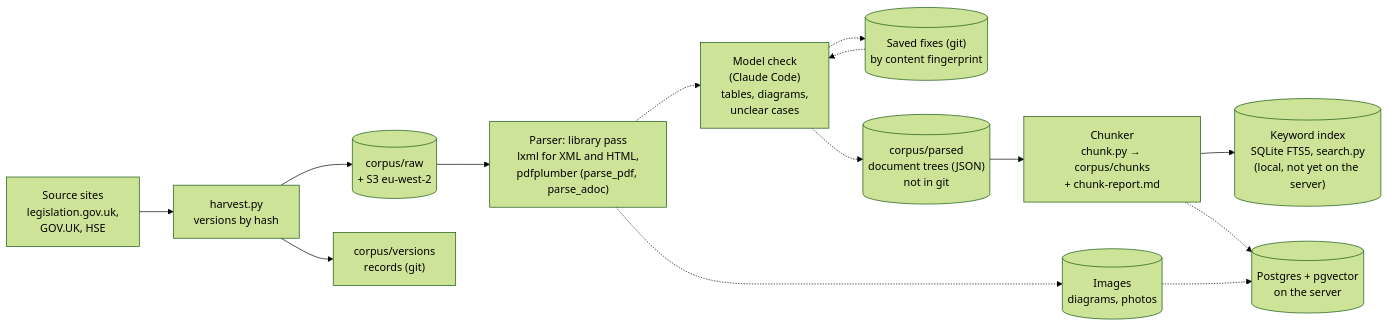
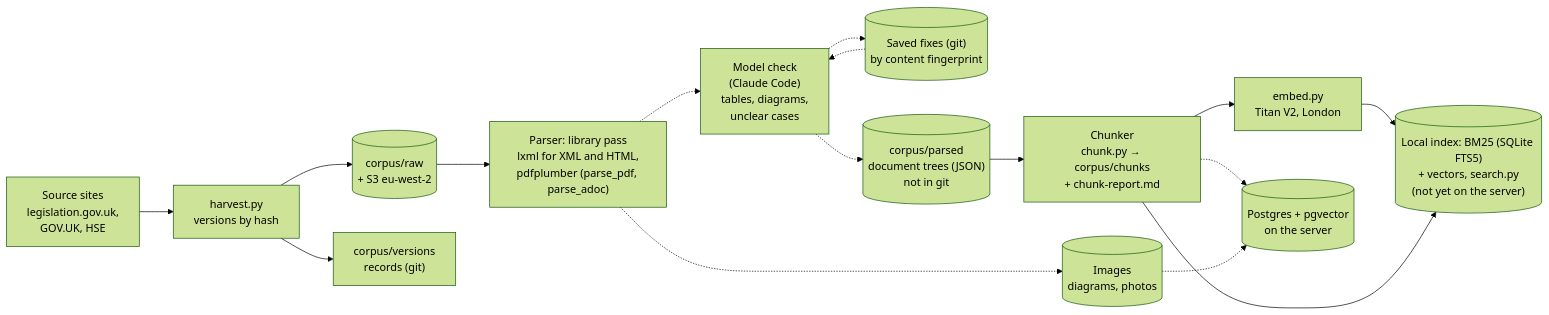
One commit to florinmarcus/builders_lab changed the first of 6 diagrams in architecture/design/regulations-corpus.md. Above: the diagram before and after it, drawn with Mermaid (forest theme). The commit also changed other lines of this file and 7 other files, not shown here.

First line of the commit message:
Hybrid regulations search, local: Titan V2 vectors, BM25, RRF, Amazon Rerank (ADR 0013)

````diff
--- a/architecture/design/regulations-corpus.md
+++ b/architecture/design/regulations-corpus.md
@@ -11,16 +11,18 @@
 ```mermaid
 flowchart LR
     src["Source sites<br/>legislation.gov.uk,<br/>GOV.UK, HSE"] --> harvest["harvest.py<br/>versions by hash"]
     harvest --> raw[("corpus/raw<br/>+ S3 eu-west-2")]
     harvest --> rec["corpus/versions<br/>records (git)"]
     raw --> lib["Parser: library pass<br/>lxml for XML and HTML,<br/>pdfplumber (parse_pdf, parse_adoc)"]
     lib -.-> chk["Model check<br/>(Claude Code)<br/>tables, diagrams,<br/>unclear cases"]
     fixes[("Saved fixes (git)<br/>by content fingerprint")] -.-> chk
     chk -.-> fixes
     chk -.-> tree[("corpus/parsed<br/>document trees (JSON)<br/>not in git")]
     lib -.-> img[("Images<br/>diagrams, photos")]
     tree --> chunk["Chunker<br/>chunk.py → corpus/chunks<br/>+ chunk-report.md"]
-    chunk --> fts[("Keyword index<br/>SQLite FTS5, search.py<br/>(local, not yet on the server)")]
+    chunk --> emb["embed.py<br/>Titan V2, London"]
+    emb --> fts[("Local index: BM25 (SQLite FTS5)<br/>+ vectors, search.py<br/>(not yet on the server)")]
+    chunk --> fts
     chunk -.-> pg[("Postgres + pgvector<br/>on the server")]
     img -.-> pg
 ```
````
